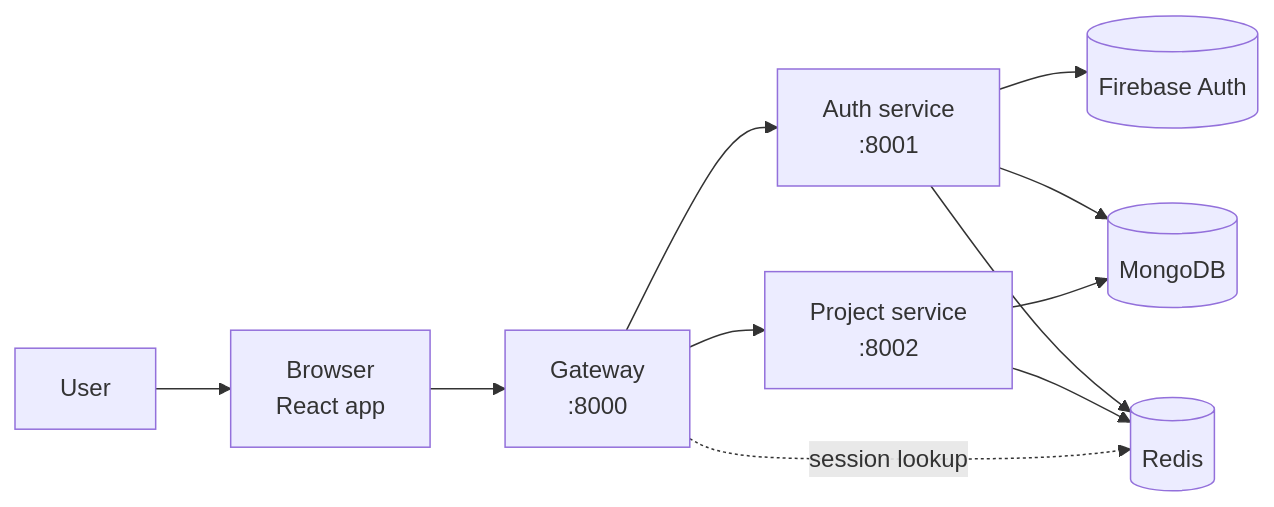
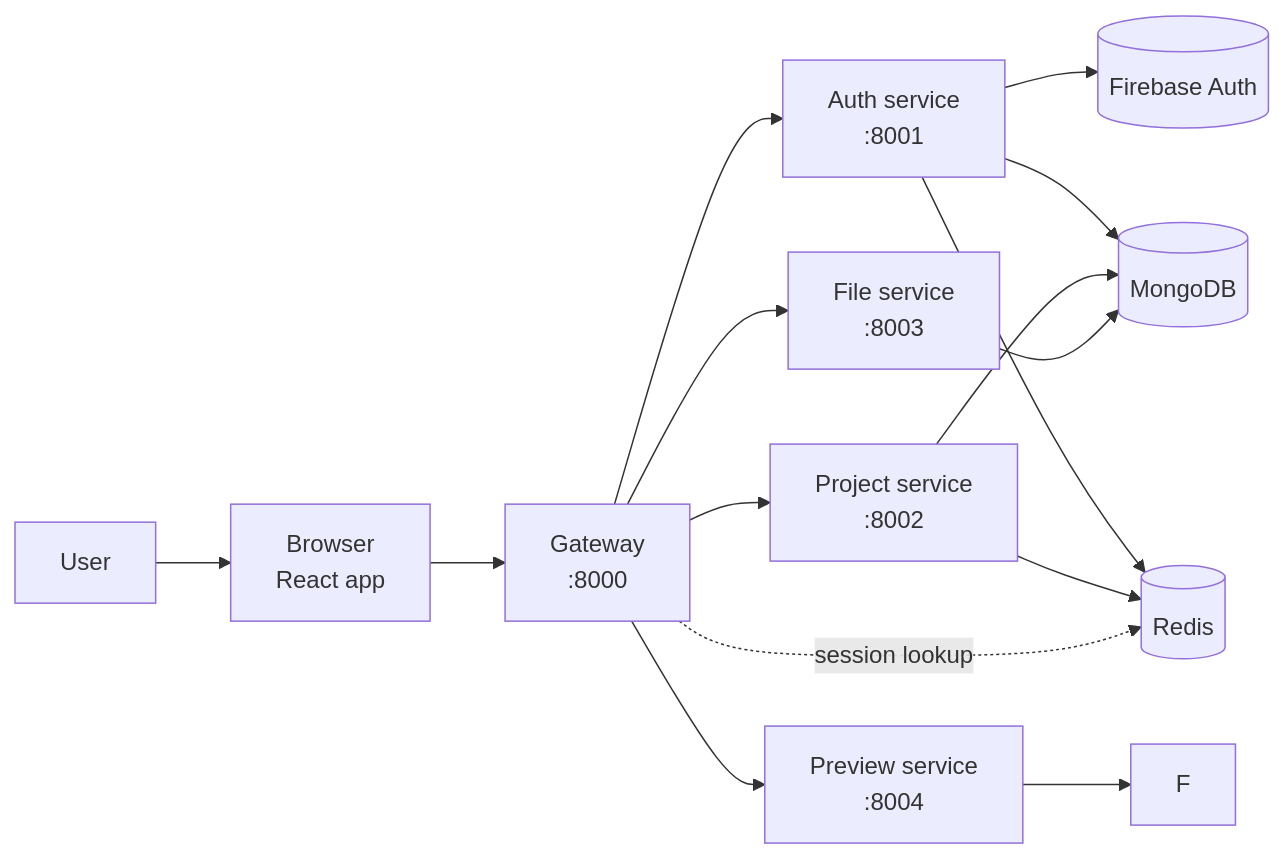
The first of 2 diagrams in docs/README.md (yamanhassan1/NexPulse), drawn with Mermaid before and after one commit. The commit also changed other lines of this file and 197 other files, not shown here.

````diff
--- a/docs/README.md
+++ b/docs/README.md
@@ -17,13 +17,17 @@
 ```mermaid
 flowchart LR
     U["User"] --> B["Browser<br>React app"]
     B --> G["Gateway<br>:8000"]
     G --> A["Auth service<br>:8001"]
     G --> P["Project service<br>:8002"]
-    A --> F[("Firebase Auth")]
+    G --> FL["File service<br>:8003"]
+    G --> V["Preview service<br>:8004"]
+    A --> FB[("Firebase Auth")]
     A --> M[("MongoDB")]
     A --> R[("Redis")]
     P --> M
     P --> R
+    FL --> M
+    V --> F
     G -.->|"session lookup"| R
 ```
````
